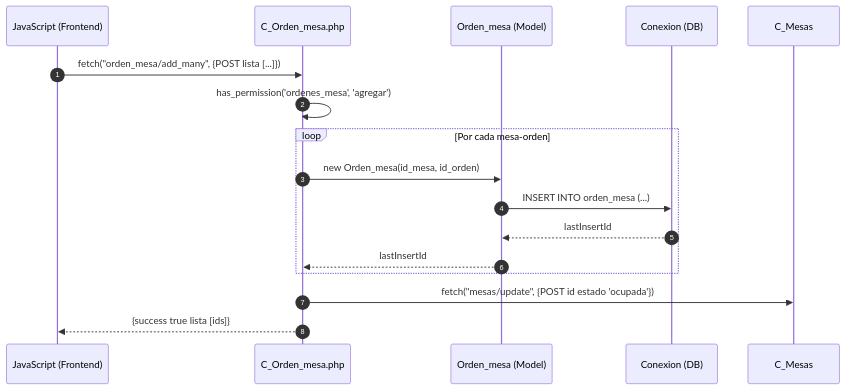
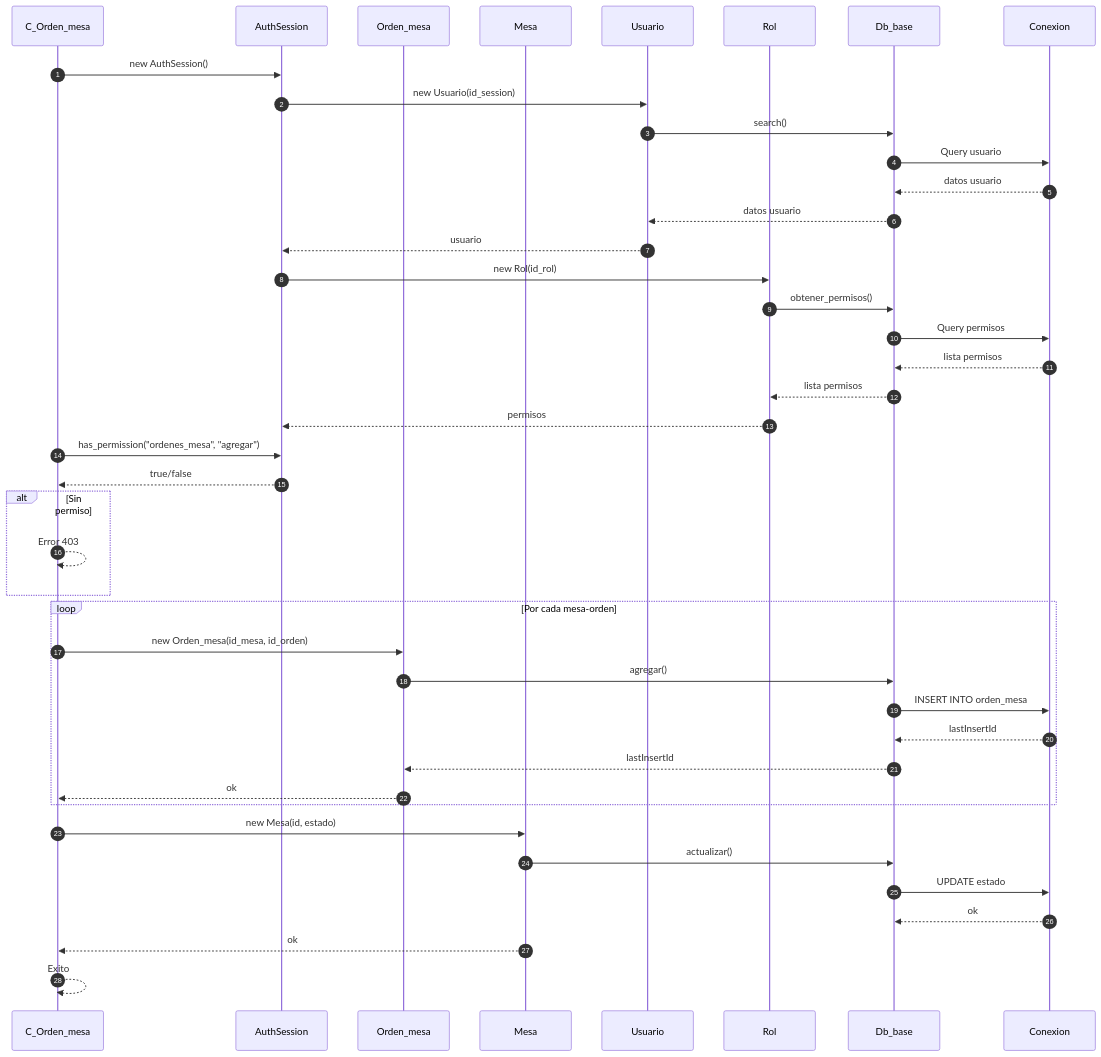
Before and after one commit to Tecrato/BurgerHouse: the fourth of 5 diagrams in docs/secuencia/mesas/mesas.md, drawn with Mermaid. The commit also changed other lines of this file and 13 other files, not shown here.

First line of the commit message:
diagramas actualizaos

````diff
--- a/docs/secuencia/mesas/mesas.md
+++ b/docs/secuencia/mesas/mesas.md
@@ -88,23 +141,51 @@
 ```mermaid
 sequenceDiagram
     autonumber
-    participant JS as JavaScript (Frontend)
-    participant C_Orden_mesa as C_Orden_mesa.php
-    participant Orden_mesa as Orden_mesa (Model)
-    participant DB as Conexion (DB)
+    participant C_Orden_mesa as C_Orden_mesa
+    participant AuthSession as AuthSession
+    participant Orden_mesa as Orden_mesa
+    participant Mesa as Mesa
+    participant Usuario as Usuario
+    participant Rol as Rol
+    participant Db_base as Db_base
+    participant Conexion as Conexion
     
-    JS->>C_Orden_mesa: fetch("orden_mesa/add_many", {POST lista [...]})
+    C_Orden_mesa->>AuthSession: new AuthSession()
+    AuthSession->>Usuario: new Usuario(id_session)
+    Usuario->>Db_base: search()
+    Db_base->>Conexion: Query usuario
+    Conexion-->>Db_base: datos usuario
+    Db_base-->>Usuario: datos usuario
+    Usuario-->>AuthSession: usuario
     
-    C_Orden_mesa->>C_Orden_mesa: has_permission('ordenes_mesa', 'agregar')
+    AuthSession->>Rol: new Rol(id_rol)
+    Rol->>Db_base: obtener_permisos()
+    Db_base->>Conexion: Query permisos
+    Conexion-->>Db_base: lista permisos
+    Db_base-->>Rol: lista permisos
+    Rol-->>AuthSession: permisos
+    
+    C_Orden_mesa->>AuthSession: has_permission("ordenes_mesa", "agregar")
+    AuthSession-->>C_Orden_mesa: true/false
+    
+    alt Sin permiso
+        C_Orden_mesa-->>C_Orden_mesa: Error 403
+    end
     
     loop Por cada mesa-orden
         C_Orden_mesa->>Orden_mesa: new Orden_mesa(id_mesa, id_orden)
-        Orden_mesa->>DB: INSERT INTO orden_mesa (...)
-        DB-->>Orden_mesa: lastInsertId
-        Orden_mesa-->>C_Orden_mesa: lastInsertId
+        Orden_mesa->>Db_base: agregar()
+        Db_base->>Conexion: INSERT INTO orden_mesa
+        Conexion-->>Db_base: lastInsertId
+        Db_base-->>Orden_mesa: lastInsertId
+        Orden_mesa-->>C_Orden_mesa: ok
     end
     
-    C_Orden_mesa->>C_Mesas: fetch("mesas/update", {POST id estado 'ocupada'})
+    C_Orden_mesa->>Mesa: new Mesa(id, estado)
+    Mesa->>Db_base: actualizar()
+    Db_base->>Conexion: UPDATE estado
+    Conexion-->>Db_base: ok
+    Mesa-->>C_Orden_mesa: ok
     
-    C_Orden_mesa-->>JS: {success true lista [ids]}
+    C_Orden_mesa-->>C_Orden_mesa: Exito
 ```
````
